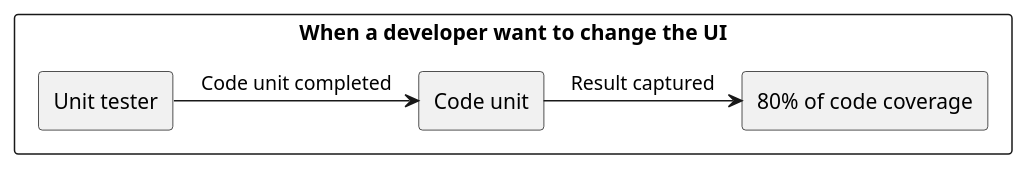
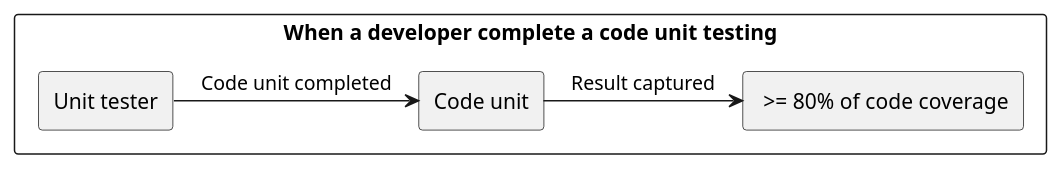
One commit to USI-MSDE-SA-2023/sa--Simone-Piatti changed the seventh of 11 diagrams in src/sa/model/index.md. Above: the diagram before and after it, drawn with PlantUML. The commit also changed other lines of this file, not shown here.

Commit message:
typo correction

````diff
--- a/src/sa/model/index.md
+++ b/src/sa/model/index.md
@@ -305,22 +305,22 @@
 ```puml 
 
 ```puml
 @startuml
 
 skinparam componentStyle rectangle
 skinparam monochrome true
 skinparam shadowing false
 
-rectangle "When a developer want to change the UI" {
+rectangle "When a developer complete a code unit testing" {
 
 rectangle "Unit tester" as Source
-rectangle "80% of code coverage" as Measure
+rectangle " >= 80% of code coverage" as Measure
 
 Source -> [Code unit] : "Code unit completed"
 
 [Code unit] -> [Measure] : "Result captured"
 
 }
 
 @enduml
 ```
````
